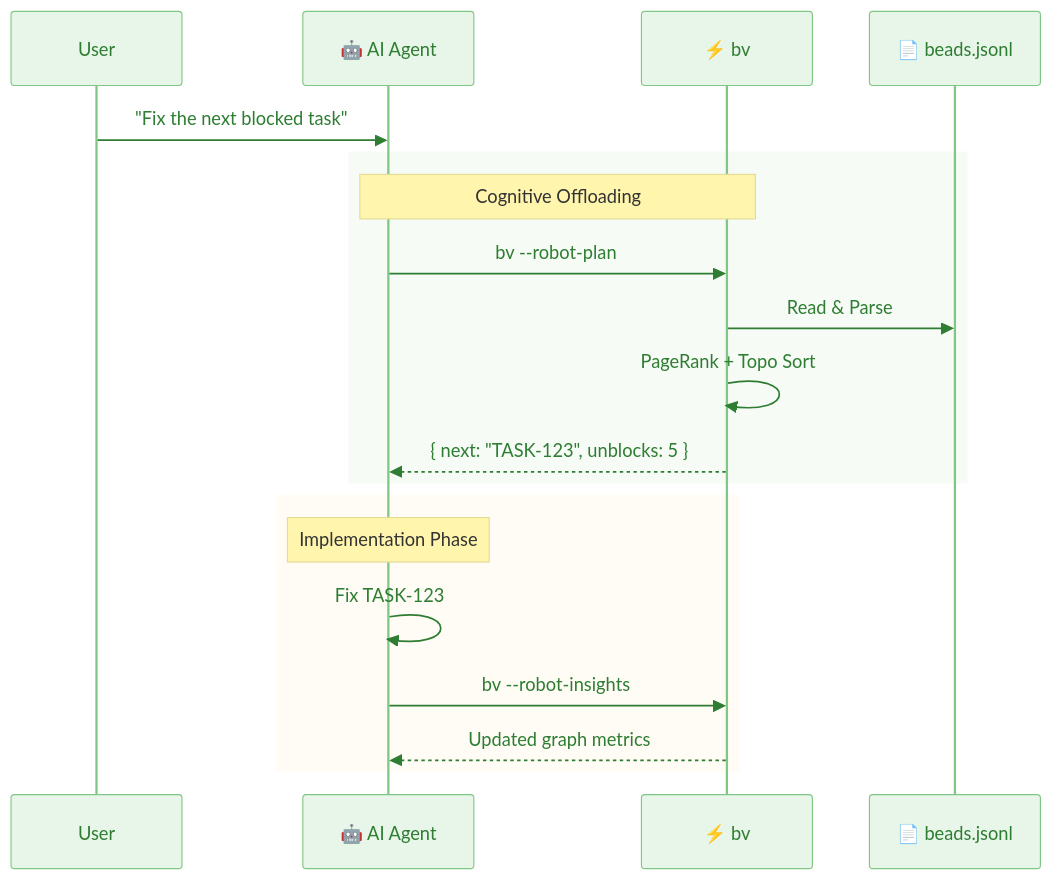
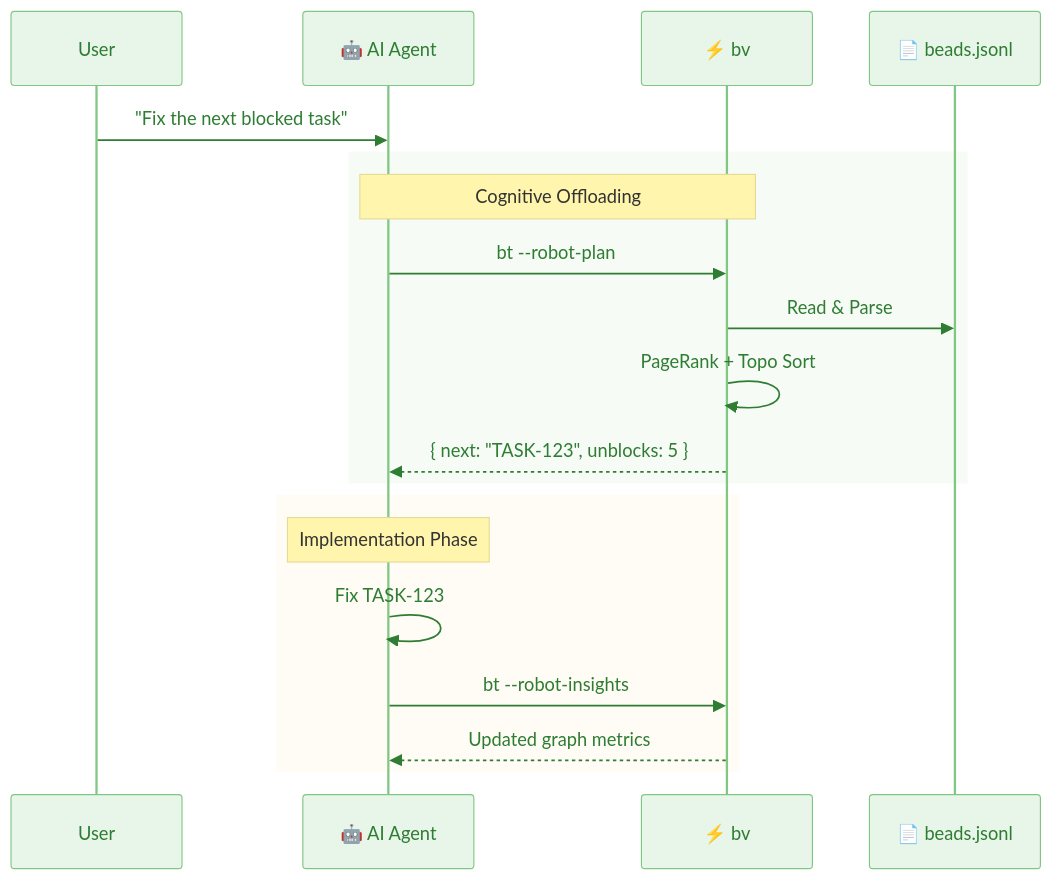
One commit to seanmartinsmith/beadstui changed the second of 9 diagrams in README.md. Above: the diagram before and after it, drawn with Mermaid. The commit also changed other lines of this file and 275 other files, not shown here.

````diff
--- a/README.md
+++ b/README.md
@@ -451,26 +451,26 @@
 ```mermaid
 sequenceDiagram
     %%{init: {'theme': 'base', 'themeVariables': { 'primaryColor': '#e8f5e9', 'primaryTextColor': '#2e7d32', 'primaryBorderColor': '#81c784', 'lineColor': '#90a4ae', 'secondaryColor': '#fff8e1', 'tertiaryColor': '#fce4ec'}}}%%
 
     participant User
     participant Agent as 🤖 AI Agent
     participant BV as ⚡ bv
     participant File as 📄 beads.jsonl
 
     User->>Agent: "Fix the next blocked task"
 
     rect rgba(232, 245, 233, 0.4)
         Note over Agent, BV: Cognitive Offloading
-        Agent->>BV: bv --robot-plan
+        Agent->>BV: bt --robot-plan
         BV->>File: Read & Parse
         BV->>BV: PageRank + Topo Sort
         BV-->>Agent: { next: "TASK-123", unblocks: 5 }
     end
 
     rect rgba(255, 243, 224, 0.3)
         Note over Agent: Implementation Phase
         Agent->>Agent: Fix TASK-123
-        Agent->>BV: bv --robot-insights
+        Agent->>BV: bt --robot-insights
         BV-->>Agent: Updated graph metrics
     end
 ```
````
